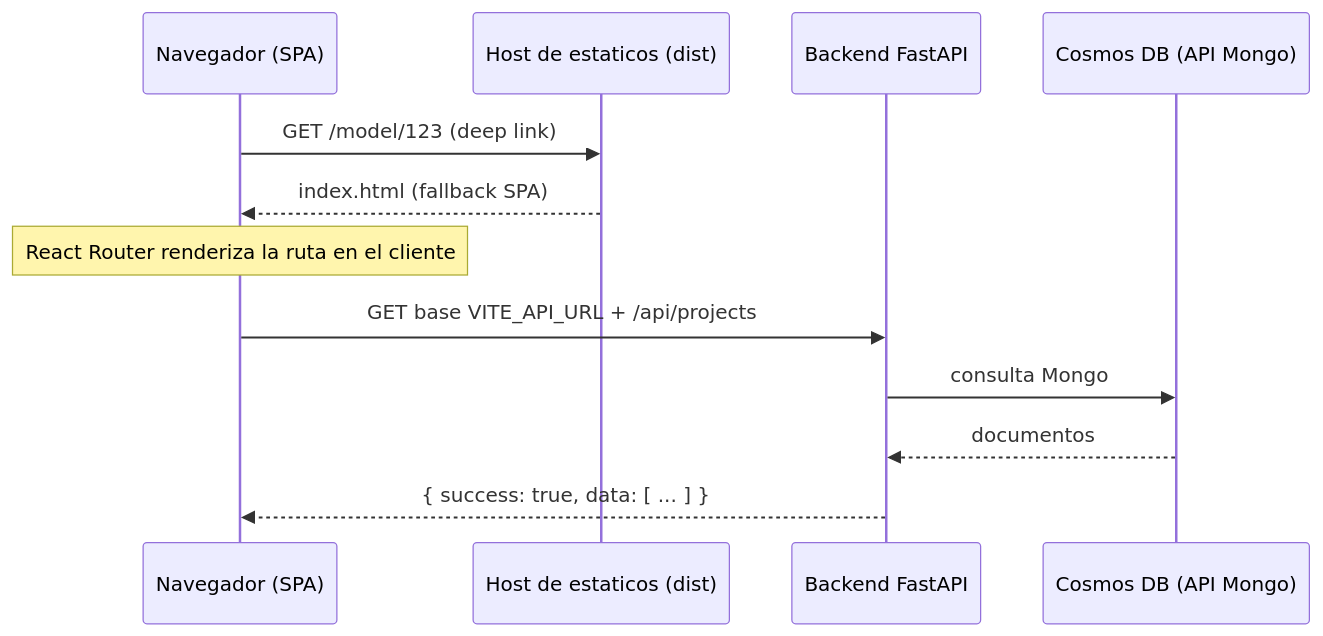
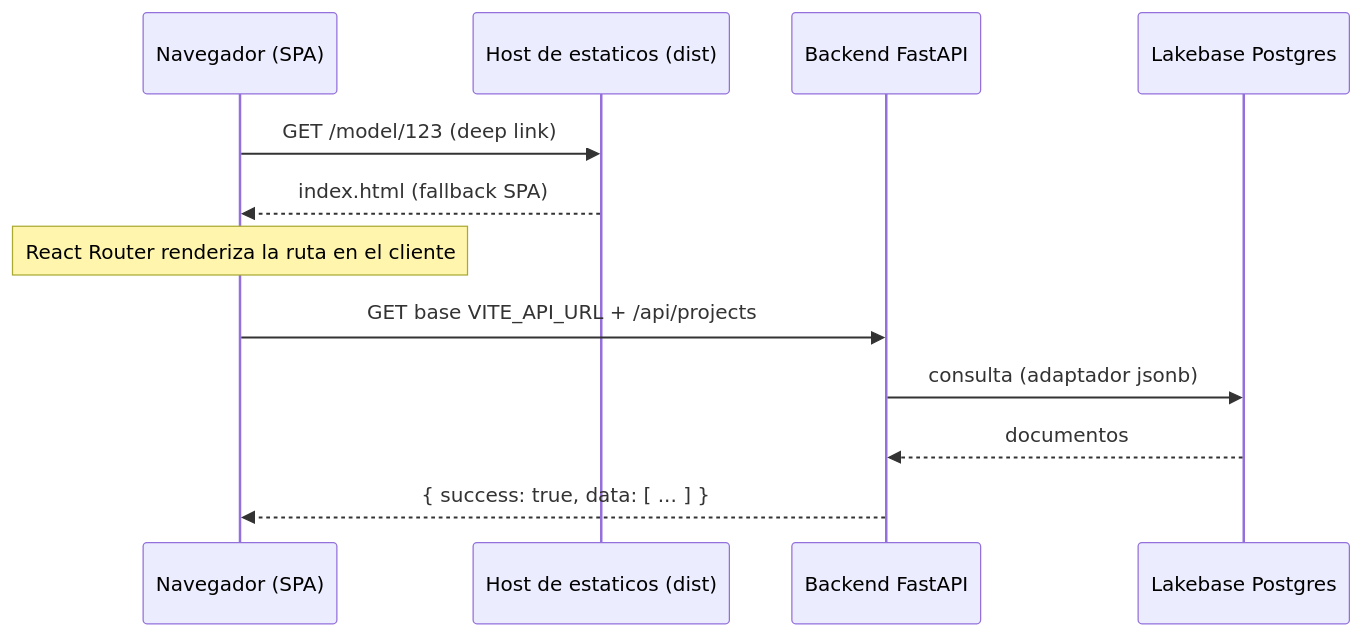
Before and after one commit to Carlosmps97/web-data-model-hub: the second of 3 diagrams in doc/deployment.md, drawn with Mermaid. The commit also changed other lines of this file and 21 other files, not shown here.

````diff
--- a/doc/deployment.md
+++ b/doc/deployment.md
@@ -253,14 +253,14 @@
 ```mermaid
 sequenceDiagram
     participant U as Navegador (SPA)
     participant S as Host de estaticos (dist)
     participant B as Backend FastAPI
-    participant C as Cosmos DB (API Mongo)
+    participant C as Lakebase Postgres
     U->>S: GET /model/123 (deep link)
     S-->>U: index.html (fallback SPA)
     Note over U: React Router renderiza la ruta en el cliente
     U->>B: GET base VITE_API_URL + /api/projects
-    B->>C: consulta Mongo
+    B->>C: consulta (adaptador jsonb)
     C-->>B: documentos
     B-->>U: { success: true, data: [ ... ] }
 ```
````
